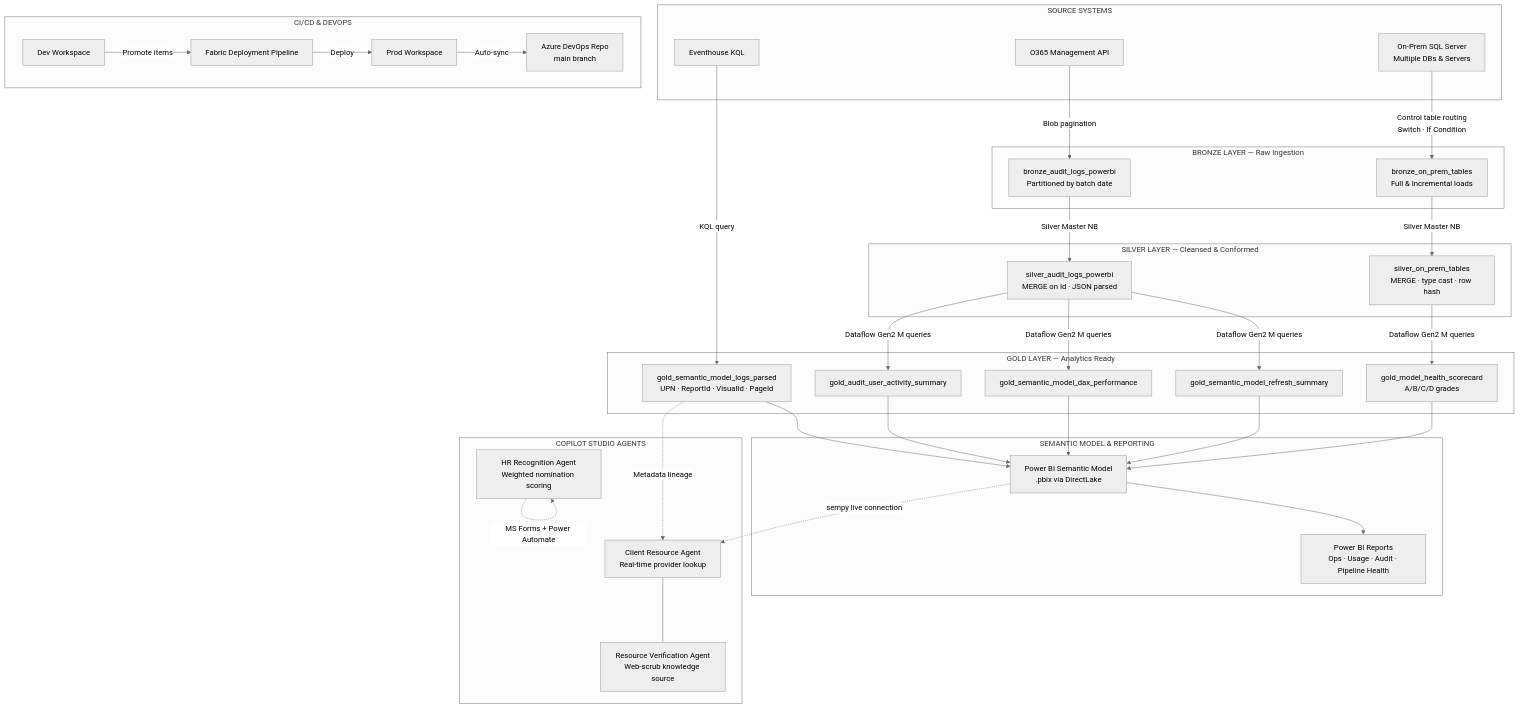
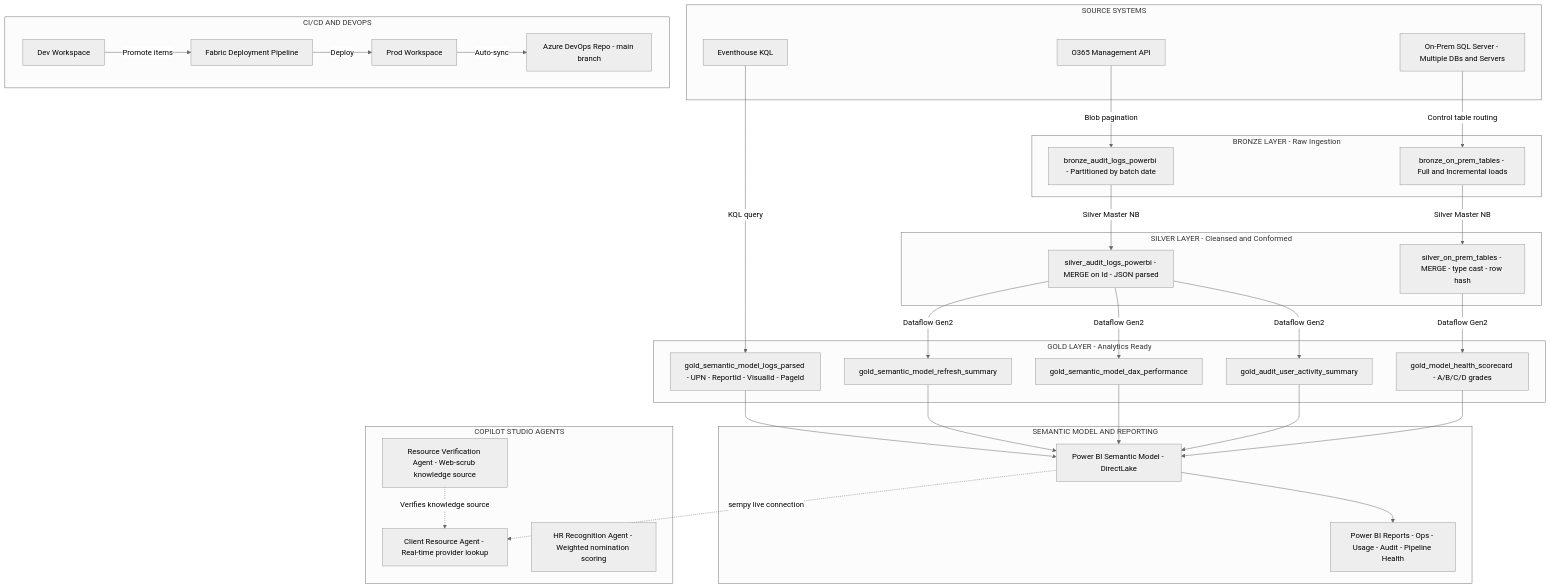
One commit to crjiminez03/Data-Engineering-Systems-Architecture-Portfolio changed the diagram in README.md. Above: the diagram before and after it, drawn with Mermaid (neutral theme).

````diff
--- a/README.md
+++ b/README.md
@@ -23,72 +23,70 @@
 ```mermaid
 flowchart TD
     subgraph SOURCES["SOURCE SYSTEMS"]
         A1[Eventhouse KQL]
         A2[O365 Management API]
-        A3[On-Prem SQL Server\nMultiple DBs & Servers]
+        A3[On-Prem SQL Server - Multiple DBs and Servers]
     end
 
-    subgraph BRONZE["BRONZE LAYER — Raw Ingestion"]
-        B1[bronze_audit_logs_powerbi\nPartitioned by batch date]
-        B2[bronze_on_prem_tables\nFull & Incremental loads]
+    subgraph BRONZE["BRONZE LAYER - Raw Ingestion"]
+        B1[bronze_audit_logs_powerbi - Partitioned by batch date]
+        B2[bronze_on_prem_tables - Full and Incremental loads]
     end
 
-    subgraph SILVER["SILVER LAYER — Cleansed & Conformed"]
-        C1[silver_audit_logs_powerbi\nMERGE on Id · JSON parsed]
-        C2[silver_on_prem_tables\nMERGE · type cast · row hash]
+    subgraph SILVER["SILVER LAYER - Cleansed and Conformed"]
+        C1[silver_audit_logs_powerbi - MERGE on Id - JSON parsed]
+        C2[silver_on_prem_tables - MERGE - type cast - row hash]
     end
 
-    subgraph GOLD["GOLD LAYER — Analytics Ready"]
-        D1[gold_semantic_model_logs_parsed\nUPN · ReportId · VisualId · PageId]
+    subgraph GOLD["GOLD LAYER - Analytics Ready"]
+        D1[gold_semantic_model_logs_parsed - UPN - ReportId - VisualId - PageId]
         D2[gold_semantic_model_refresh_summary]
         D3[gold_semantic_model_dax_performance]
         D4[gold_audit_user_activity_summary]
-        D5[gold_model_health_scorecard\nA/B/C/D grades]
+        D5[gold_model_health_scorecard - A/B/C/D grades]
     end
 
-    subgraph SEMANTIC["SEMANTIC MODEL & REPORTING"]
-        E1[Power BI Semantic Model\n.pbix via DirectLake]
-        E2[Power BI Reports\nOps · Usage · Audit · Pipeline Health]
+    subgraph SEMANTIC["SEMANTIC MODEL AND REPORTING"]
+        E1[Power BI Semantic Model - DirectLake]
+        E2[Power BI Reports - Ops - Usage - Audit - Pipeline Health]
     end
 
     subgraph AGENTS["COPILOT STUDIO AGENTS"]
-        F1[Client Resource Agent\nReal-time provider lookup]
-        F2[Resource Verification Agent\nWeb-scrub knowledge source]
-        F3[HR Recognition Agent\nWeighted nomination scoring]
+        F1[Client Resource Agent - Real-time provider lookup]
+        F2[Resource Verification Agent - Web-scrub knowledge source]
+        F3[HR Recognition Agent - Weighted nomination scoring]
     end
 
-    subgraph CICD["CI/CD & DEVOPS"]
+    subgraph CICD["CI/CD AND DEVOPS"]
         G1[Dev Workspace]
         G2[Fabric Deployment Pipeline]
         G3[Prod Workspace]
-        G4[Azure DevOps Repo\nmain branch]
+        G4[Azure DevOps Repo - main branch]
     end
 
     A1 -->|KQL query| D1
     A2 -->|Blob pagination| B1
-    A3 -->|Control table routing\nSwitch · If Condition| B2
+    A3 -->|Control table routing| B2
 
     B1 -->|Silver Master NB| C1
     B2 -->|Silver Master NB| C2
 
-    C1 -->|Dataflow Gen2 M queries| D2
-    C1 -->|Dataflow Gen2 M queries| D3
-    C1 -->|Dataflow Gen2 M queries| D4
-    C2 -->|Dataflow Gen2 M queries| D5
+    C1 -->|Dataflow Gen2| D2
+    C1 -->|Dataflow Gen2| D3
+    C1 -->|Dataflow Gen2| D4
+    C2 -->|Dataflow Gen2| D5
 
     D1 --> E1
     D2 --> E1
     D3 --> E1
     D4 --> E1
     D5 --> E1
     E1 --> E2
 
-    D1 -.->|Metadata lineage| F1
     E1 -.->|sempy live connection| F1
-    F1 --- F2
-    F3 -.->|MS Forms + Power Automate| F3
+    F2 -.->|Verifies knowledge source| F1
 
     G1 -->|Promote items| G2
     G2 -->|Deploy| G3
     G3 -->|Auto-sync| G4
 ```
````
